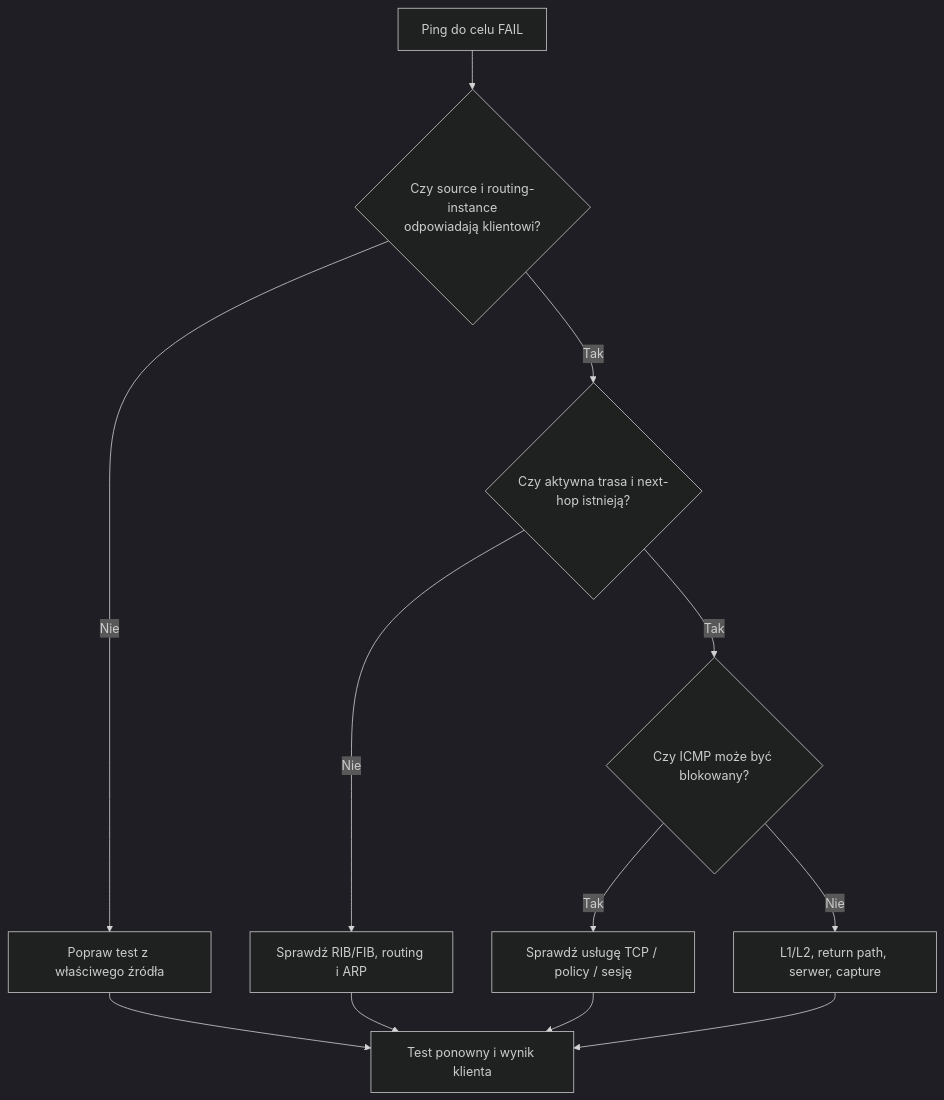
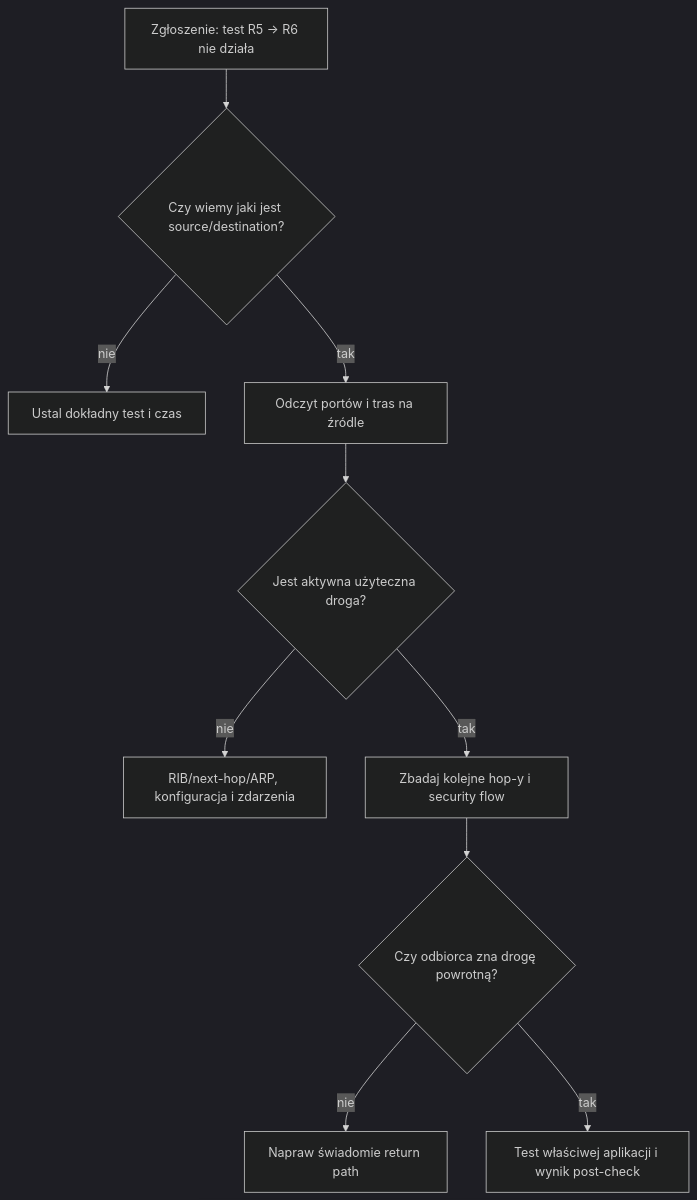
One commit to nelto79/jncip changed the third of 3 diagrams in docs/chapters/JUNOS_Rozdzial_05_Operational_Monitoring_and_Maintenance.md. Above: the diagram before and after it, drawn with Mermaid (dark theme). The commit also changed other lines of this file, not shown here.

```diff
--- a/docs/chapters/JUNOS_Rozdzial_05_Operational_Monitoring_and_Maintenance.md
+++ b/docs/chapters/JUNOS_Rozdzial_05_Operational_Monitoring_and_Maintenance.md
@@ -543,14 +807,12 @@
 ~~~mermaid
 flowchart TD
-  FAIL["Ping do celu FAIL"] --> SRC{"Czy source i routing-instance\nodpowiadają klientowi?"}
-  SRC -->|Nie| RETEST["Popraw test z właściwego źródła"]
-  SRC -->|Tak| RT{"Czy aktywna trasa i next-hop istnieją?"}
-  RT -->|Nie| ROUTE["Sprawdź RIB/FIB, routing i ARP"]
-  RT -->|Tak| FILTER{"Czy ICMP może być blokowany?"}
-  FILTER -->|Tak| TCP["Sprawdź usługę TCP / policy / sesję"]
-  FILTER -->|Nie| PATH["L1/L2, return path, serwer, capture"]
-  RETEST --> VERIFY["Test ponowny i wynik klienta"]
-  ROUTE --> VERIFY
-  TCP --> VERIFY
-  PATH --> VERIFY
+  A["Zgłoszenie: test R5 → R6 nie działa"] --> B{"Czy wiemy jaki jest source/destination?"}
+  B -->|nie| C["Ustal dokładny test i czas"]
+  B -->|tak| D["Odczyt portów i tras na źródle"]
+  D --> E{"Jest aktywna użyteczna droga?"}
+  E -->|nie| F["RIB/next-hop/ARP, konfiguracja i zdarzenia"]
+  E -->|tak| G["Zbadaj kolejne hop-y i security flow"]
+  G --> H{"Czy odbiorca zna drogę powrotną?"}
+  H -->|nie| I["Napraw świadomie return path"]
+  H -->|tak| J["Test właściwej aplikacji i wynik post-check"]
 ~~~
```
